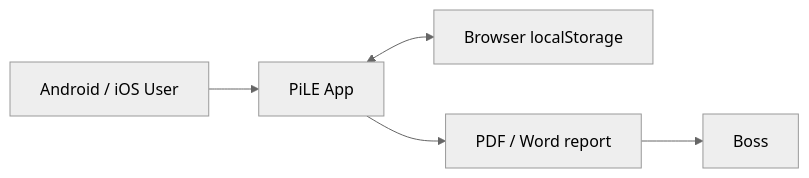
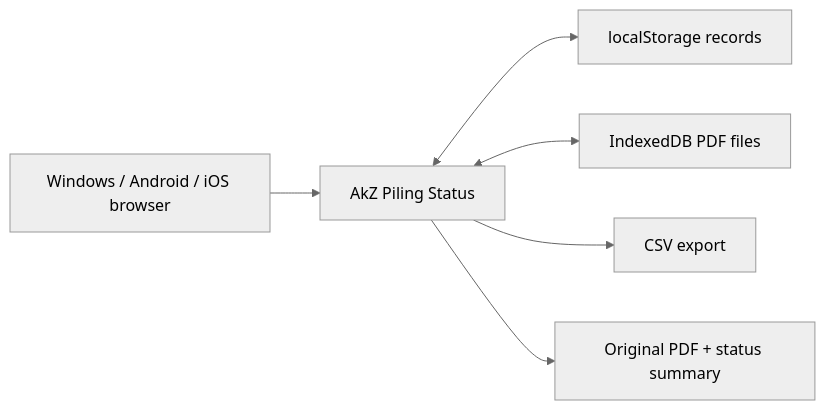
One commit to Hafize92/PiLE changed the diagram in DESIGN.md. Above: the diagram before and after it, drawn with Mermaid (neutral theme). The commit also changed other lines of this file and 6 other files, not shown here.

Commit message:
Create AkZ Piling Status app

````diff
--- a/DESIGN.md
+++ b/DESIGN.md
@@ -35,7 +22,8 @@
 ```mermaid
 flowchart LR
-  UserA["Android / iOS User"] --> App["PiLE App"]
-  App <--> Storage["Browser localStorage"]
-  App --> Report["PDF / Word report"]
-  Report --> Boss["Boss"]
+  User["Windows / Android / iOS browser"] --> App["AkZ Piling Status"]
+  App <--> LS["localStorage records"]
+  App <--> IDB["IndexedDB PDF files"]
+  App --> CSV["CSV export"]
+  App --> PDF["Original PDF + status summary"]
 ```
````
